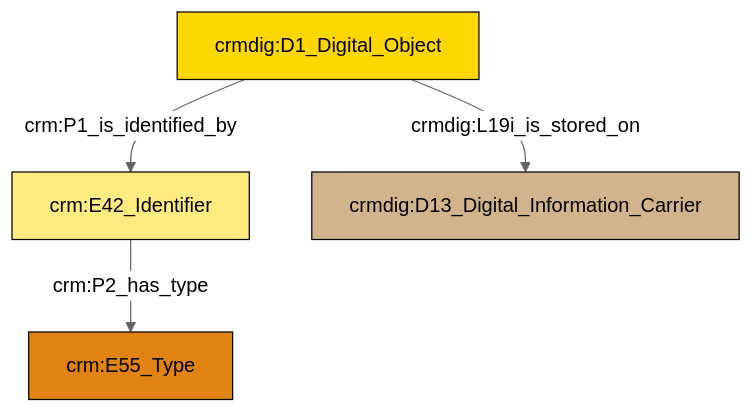
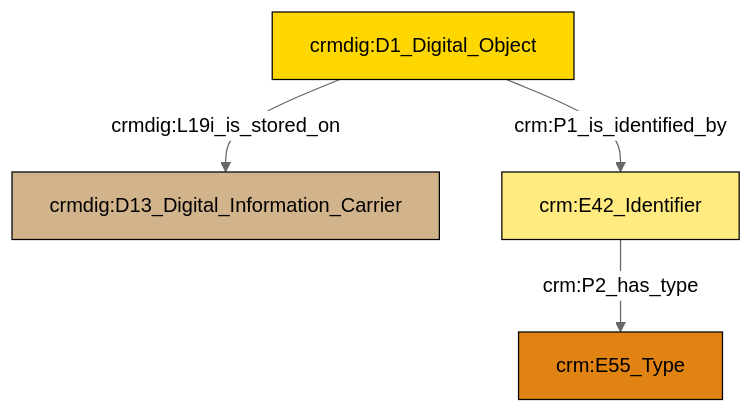
One commit to swiss-art-research-net/docs.swissartresearch changed the diagram in et/doCSV/ttl/mmd/do_location.ttl.mmd. Above: the diagram before and after it, drawn with Mermaid (neutral theme). The commit also changed 170 other files, not shown here.

```diff
--- a/et/doCSV/ttl/mmd/do_location.ttl.mmd
+++ b/et/doCSV/ttl/mmd/do_location.ttl.mmd
@@ -1,18 +1,18 @@
 graph TD
 classDef Literal fill:#f2f2f2,stroke:#000000;
 classDef CRM_Entity fill:#FFFFFF,stroke:#000000;
 classDef Temporal_Entity fill:#00C9E6, stroke:#000000;
 classDef Type fill:#E18312, stroke:#000000;
 classDef Time-Span fill:#2C9C91, stroke:#000000;
 classDef Appellation fill:#FFEB7F, stroke:#000000;
 classDef Place fill:#008836, stroke:#000000;
 classDef Persistent_Item fill:#B266B2, stroke:#000000;
 classDef Conceptual_Object fill:#FFD700, stroke:#000000;
 classDef Physical_Thing fill:#D2B48C, stroke:#000000;
 classDef Actor fill:#f58aad, stroke:#000000;
 classDef PC_Classes fill:#4ce600, stroke:#000000;
 classDef Multi fill:#cccccc,stroke:#000000;
 
-2["crm:E42_Identifier"]:::Appellation -->|crm:P2_has_type| 3["crm:E55_Type"]:::Type
-0["crmdig:D1_Digital_Object"]:::Conceptual_Object -->|crmdig:L19i_is_stored_on| 4["crmdig:D13_Digital_Information_Carrier"]:::Physical_Thing
-0["crmdig:D1_Digital_Object"]:::Conceptual_Object -->|crm:P1_is_identified_by| 2["crm:E42_Identifier"]:::Appellation
+0["crmdig:D1_Digital_Object"]:::Conceptual_Object -->|crmdig:L19i_is_stored_on| 1["crmdig:D13_Digital_Information_Carrier"]:::Physical_Thing
+0["crmdig:D1_Digital_Object"]:::Conceptual_Object -->|crm:P1_is_identified_by| 4["crm:E42_Identifier"]:::Appellation
+4["crm:E42_Identifier"]:::Appellation -->|crm:P2_has_type| 2["crm:E55_Type"]:::Type
```
